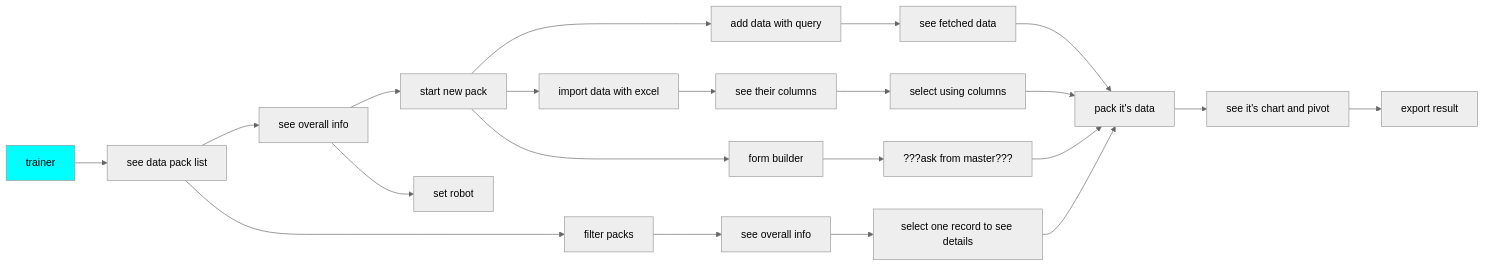
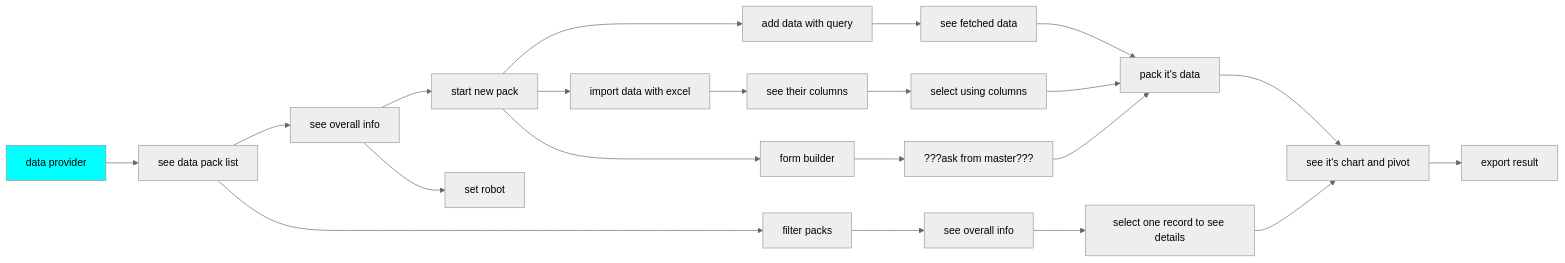
One commit to imiiii/Wiki-For-ML-Project changed the fourth of 7 diagrams in Test/SubPage.md. Above: the diagram before and after it, drawn with Mermaid (neutral theme). The commit also changed other lines of this file, not shown here.

```diff
--- a/Test/SubPage.md
+++ b/Test/SubPage.md
@@ -64,11 +64,11 @@
 ::: mermaid
  graph LR;
 style xd1 fill:#00FFFF
 
-xd1[trainer] --> xd2[see data pack list] --> xd3[see overall info] --> xd4[start new pack] --> xd6[add data with query] --> xd7[see fetched data] --> xd8[pack it's data] --> xd9[see it's chart and pivot] --> xd10[export result]
+xd1[data provider] --> xd2[see data pack list] --> xd3[see overall info] --> xd4[start new pack] --> xd6[add data with query] --> xd7[see fetched data] --> xd8[pack it's data] --> xd9[see it's chart and pivot] --> xd10[export result]
 xd3--> xd5[set robot]
 xd4 --> xd11[import data with excel] --> xd12[see their columns] --> xd13[select using columns] --> xd8
 xd4 --> xd14[form builder]--> xd15[???ask from master???] --> xd8
 
-xd2 --> xd16[filter packs] --> xd17[see overall info] --> xd18[select one record to see details] --> xd8
+xd2 --> xd16[filter packs] --> xd17[see overall info] --> xd18[select one record to see details] --> xd9
 :::
```
